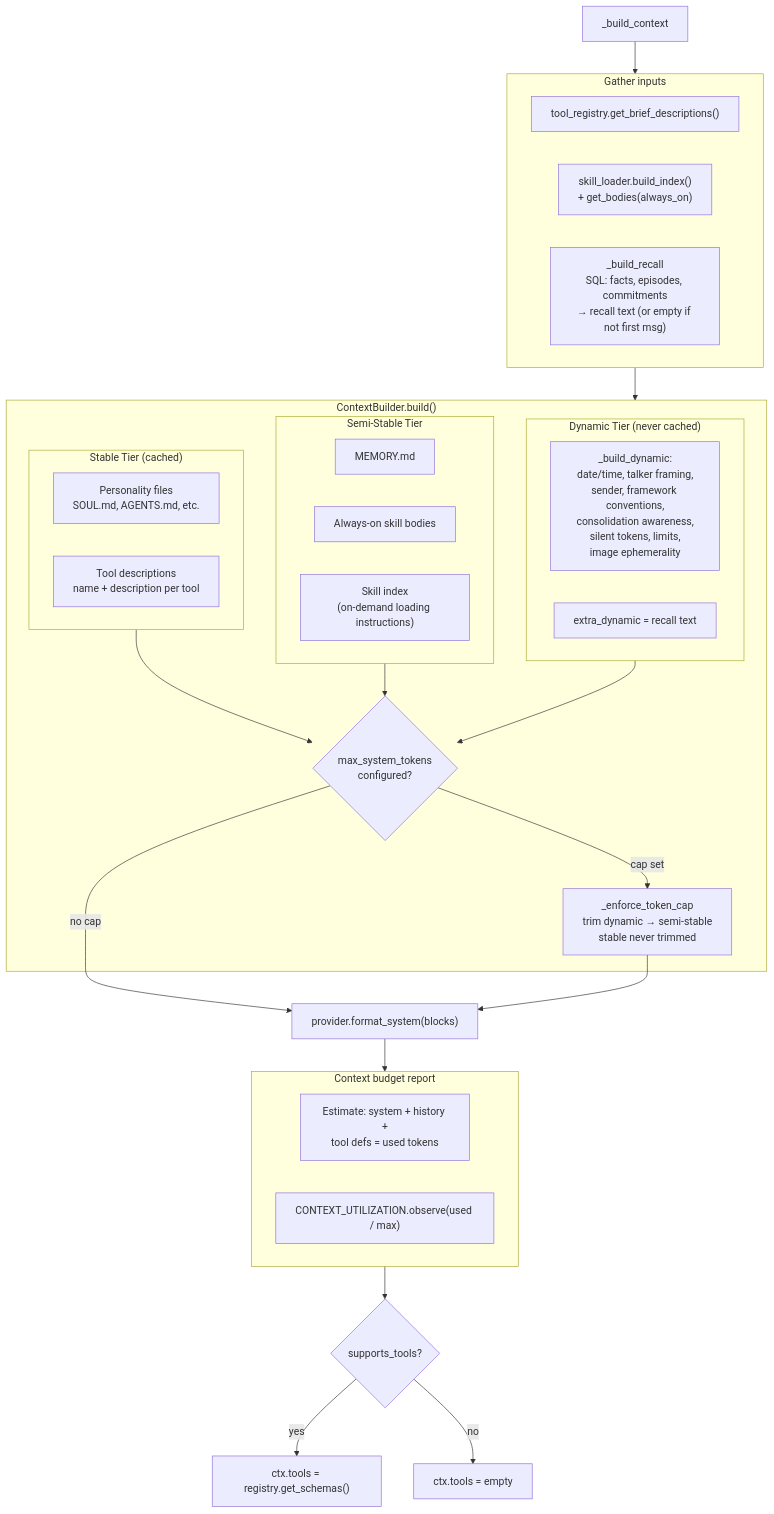
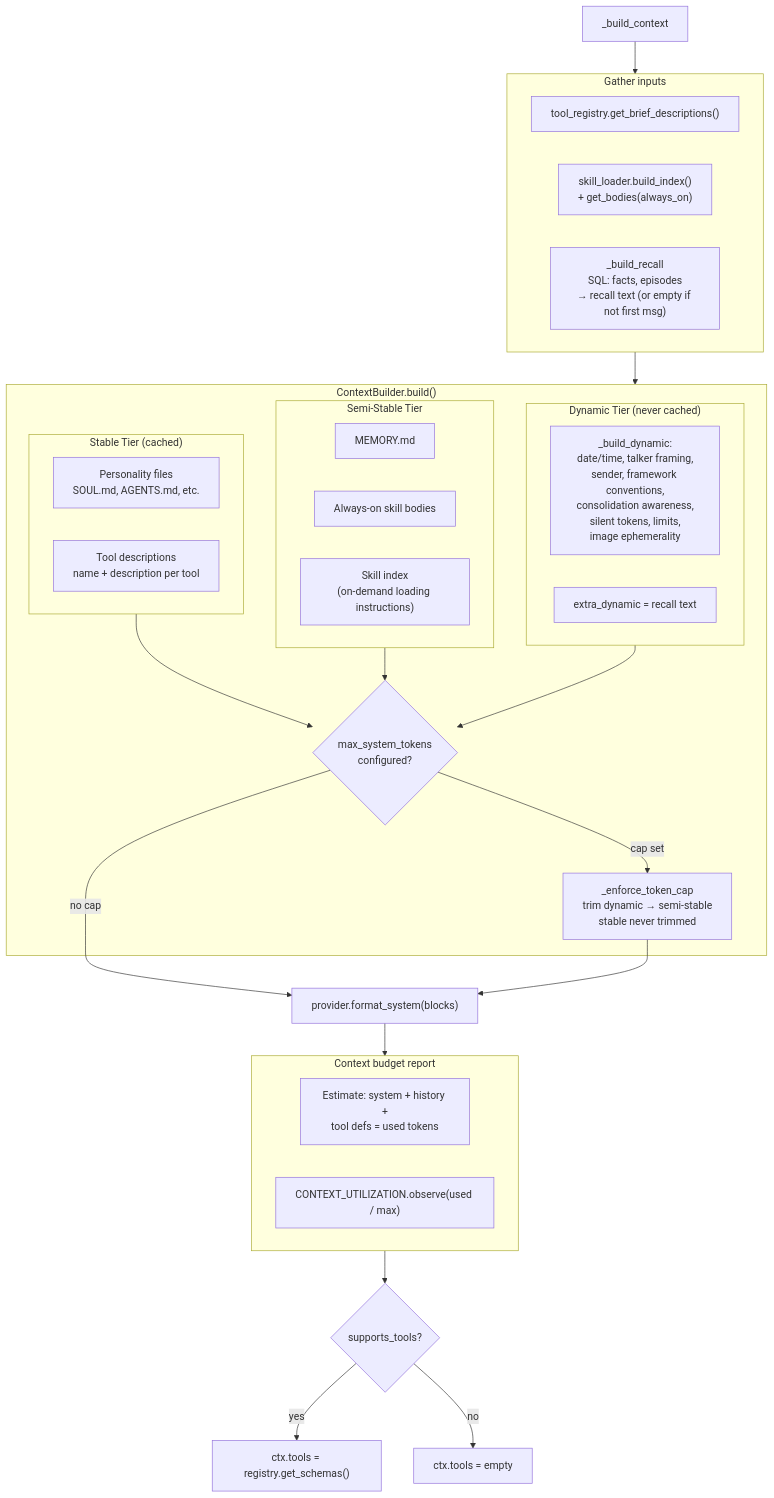
One commit to nicolasforstinger/lucyd changed the third of 10 diagrams in docs/diagrams.md. Above: the diagram before and after it, drawn with Mermaid. The commit also changed other lines of this file and 65 other files, not shown here.

````diff
--- a/docs/diagrams.md
+++ b/docs/diagrams.md
@@ -205,52 +198,52 @@
 ```mermaid
 flowchart TD
     START["_build_context"]
 
     subgraph Inputs["Gather inputs"]
         TOOLS_DESC["tool_registry.get_brief_descriptions()"]
         SKILLS["skill_loader.build_index()<br/>+ get_bodies(always_on)"]
-        RECALL["_build_recall<br/>SQL: facts, episodes, commitments<br/>→ recall text (or empty if not first msg)"]
+        RECALL["_build_recall<br/>SQL: facts, episodes<br/>→ recall text (or empty if not first msg)"]
     end
 
     subgraph Builder["ContextBuilder.build()"]
         subgraph Stable["Stable Tier (cached)"]
             PERSONA["Personality files<br/>SOUL.md, AGENTS.md, etc."]
             TOOL_LIST["Tool descriptions<br/>name + description per tool"]
         end
 
         subgraph Semi["Semi-Stable Tier"]
             MEMORY_MD["MEMORY.md"]
             SKILLS_ON["Always-on skill bodies"]
             SKILLS_IDX["Skill index<br/>(on-demand loading instructions)"]
         end
 
         subgraph Dynamic["Dynamic Tier (never cached)"]
             DYN_ITEMS["_build_dynamic:<br/>date/time, talker framing,<br/>sender, framework conventions,<br/>consolidation awareness,<br/>silent tokens, limits,<br/>image ephemerality"]
             RECALL_IN["extra_dynamic = recall text"]
         end
 
         CAP{"max_system_tokens<br/>configured?"}
         ENFORCE["_enforce_token_cap<br/>trim dynamic → semi-stable<br/>stable never trimmed"]
     end
 
     FORMAT["provider.format_system(blocks)"]
 
     subgraph Budget["Context budget report"]
         ESTIMATE["Estimate: system + history +<br/>tool defs = used tokens"]
         METRIC["CONTEXT_UTILIZATION.observe(used / max)"]
     end
 
     TOOL_GATE{"supports_tools?"}
     SCHEMAS["ctx.tools = registry.get_schemas()"]
     NO_TOOLS["ctx.tools = empty"]
 
     START --> Inputs --> Builder
     Stable --> CAP
     Semi --> CAP
     Dynamic --> CAP
     CAP -->|no cap| FORMAT
     CAP -->|cap set| ENFORCE --> FORMAT
     FORMAT --> Budget --> TOOL_GATE
     TOOL_GATE -->|yes| SCHEMAS
     TOOL_GATE -->|no| NO_TOOLS
 ```
````
